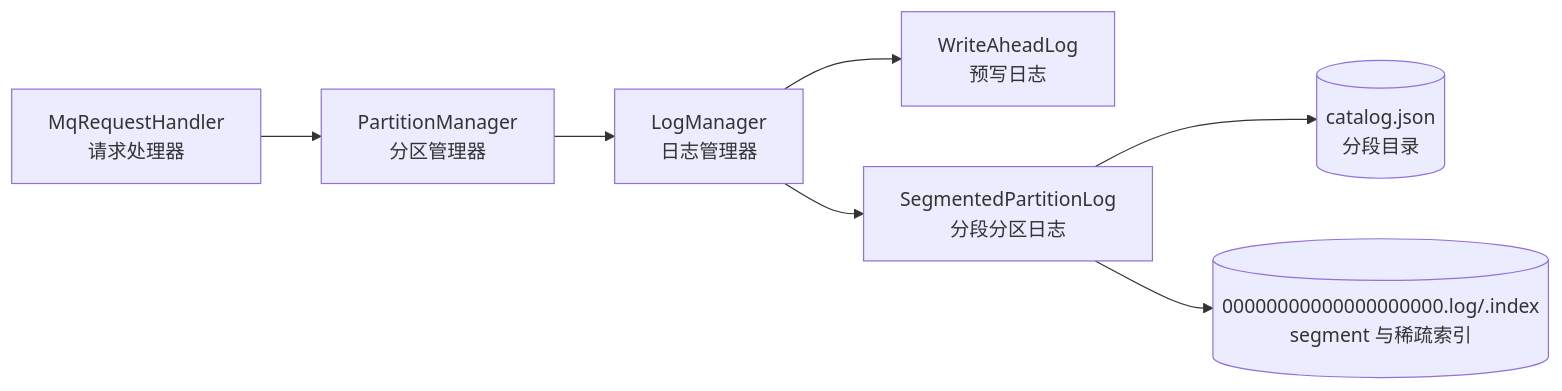
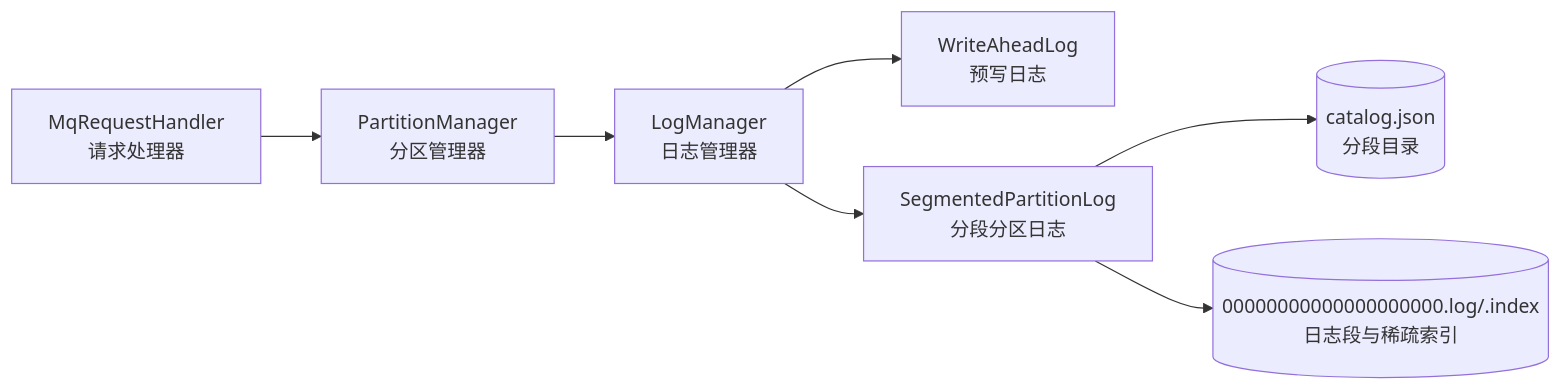
The fifth of 5 diagrams in docs/architecture.md (wxw121/miniMQ), drawn with Mermaid before and after one commit. The commit also changed other lines of this file and 10 other files, not shown here.

First line of the commit message:
docs: add architecture diagram and clarify code comments

````diff
--- a/docs/architecture.md
+++ b/docs/architecture.md
@@ -194,17 +189,17 @@
 ```mermaid
 flowchart LR
     handler[MqRequestHandler<br/>请求处理器]
     pm[PartitionManager<br/>分区管理器]
     lm[LogManager<br/>日志管理器]
     wal[WriteAheadLog<br/>预写日志]
     spl[SegmentedPartitionLog<br/>分段分区日志]
     catalog[(catalog.json<br/>分段目录)]
-    seg[(00000000000000000000.log/.index<br/>segment 与稀疏索引)]
+    seg[(00000000000000000000.log/.index<br/>日志段与稀疏索引)]
 
     handler --> pm
     pm --> lm
     lm --> wal
     lm --> spl
     spl --> catalog
     spl --> seg
 ```
````
